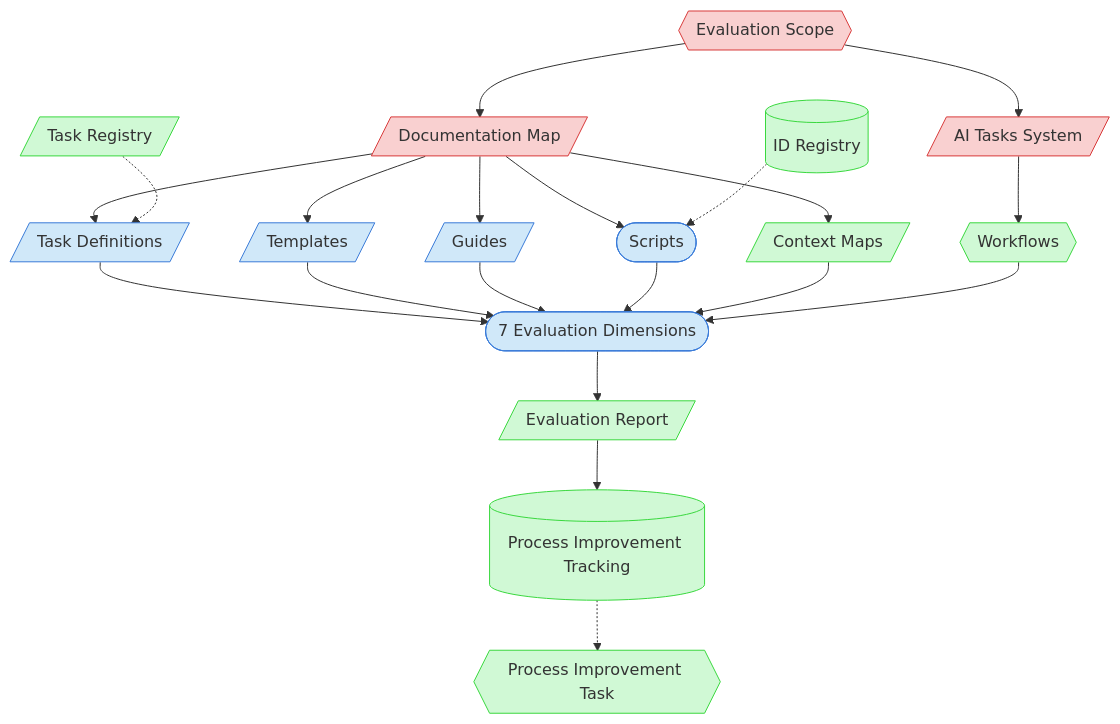
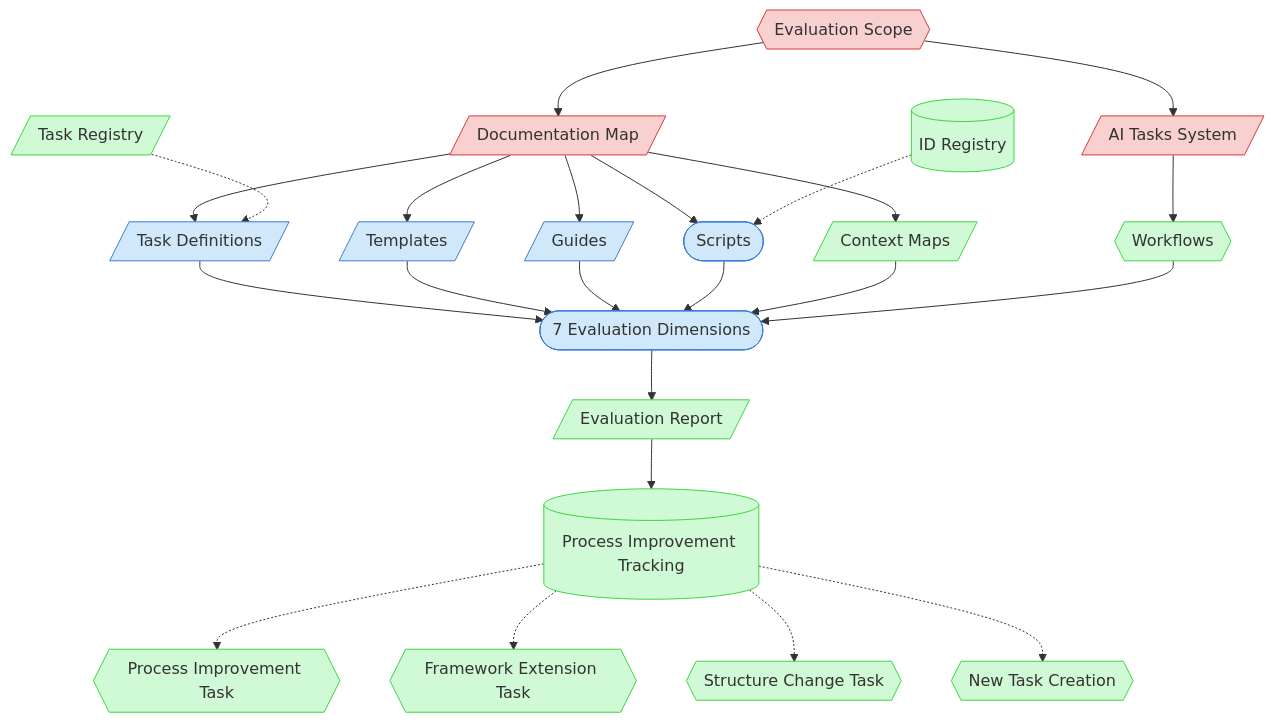
The diagram in process-framework/visualization/context-maps/support/framework-evaluation-map.md (Abtomation/LinkWatcher), drawn with Mermaid before and after one commit. The commit also changed other lines of this file and 1074 other files, not shown here.

````diff
--- a/process-framework/visualization/context-maps/support/framework-evaluation-map.md
+++ b/process-framework/visualization/context-maps/support/framework-evaluation-map.md
@@ -18,33 +18,36 @@
 ```mermaid
 graph TD
     classDef critical fill:#f9d0d0,stroke:#d83a3a
     classDef important fill:#d0e8f9,stroke:#3a7bd8
     classDef reference fill:#d0f9d5,stroke:#3ad83f
 
     Scope{{Evaluation Scope}} --> DocMap[/Documentation Map/]
     Scope --> AiTasks[/AI Tasks System/]
     DocMap --> Tasks[/Task Definitions/]
     DocMap --> Templates[/Templates/]
     DocMap --> Guides[/Guides/]
     DocMap --> Scripts([Scripts])
     DocMap --> ContextMaps[/Context Maps/]
     AiTasks --> Workflows{{Workflows}}
 
     Tasks --> Dimensions([7 Evaluation Dimensions])
     Templates --> Dimensions
     Guides --> Dimensions
     Scripts --> Dimensions
     ContextMaps --> Dimensions
     Workflows --> Dimensions
 
     Dimensions --> Report[/Evaluation Report/]
     Report --> IMPs[(Process Improvement Tracking)]
     IMPs -.-> ProcImprovement{{Process Improvement Task}}
+    IMPs -.-> FrameworkExt{{Framework Extension Task}}
+    IMPs -.-> StructChange{{Structure Change Task}}
+    IMPs -.-> NewTask{{New Task Creation}}
 
     IDRegistry[(ID Registry)] -.-> Scripts
     TaskRegistry[/Task Registry/] -.-> Tasks
 
     class Scope,DocMap,AiTasks critical
     class Tasks,Templates,Guides,Scripts,Dimensions important
-    class ContextMaps,Workflows,Report,IMPs,IDRegistry,TaskRegistry,ProcImprovement reference
+    class ContextMaps,Workflows,Report,IMPs,IDRegistry,TaskRegistry,ProcImprovement,FrameworkExt,StructChange,NewTask reference
 ```
````
